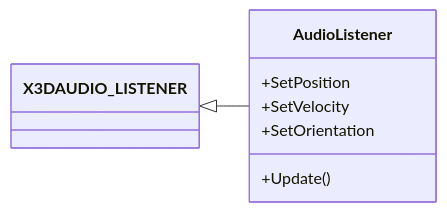
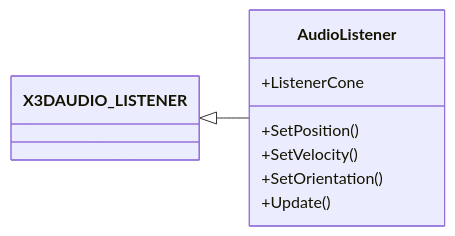
The diagram in AudioListener.md (neogrammer/Wiki), drawn with Mermaid before and after one commit. The commit also changed other lines of this file, not shown here.

Commit message:
Updated AudioListener (markdown)

````diff
--- a/AudioListener.md
+++ b/AudioListener.md
@@ -10,12 +10,13 @@
 ```mermaid
 classDiagram
 direction LR
 class AudioListener{
-   +SetPosition
-   +SetVelocity
-   +SetOrientation
+   +ListenerCone
+   +SetPosition()
+   +SetVelocity()
+   +SetOrientation()
    +Update()
 }
 class X3DAUDIO_LISTENER
 X3DAUDIO_LISTENER <|-- AudioListener
 ```
````
